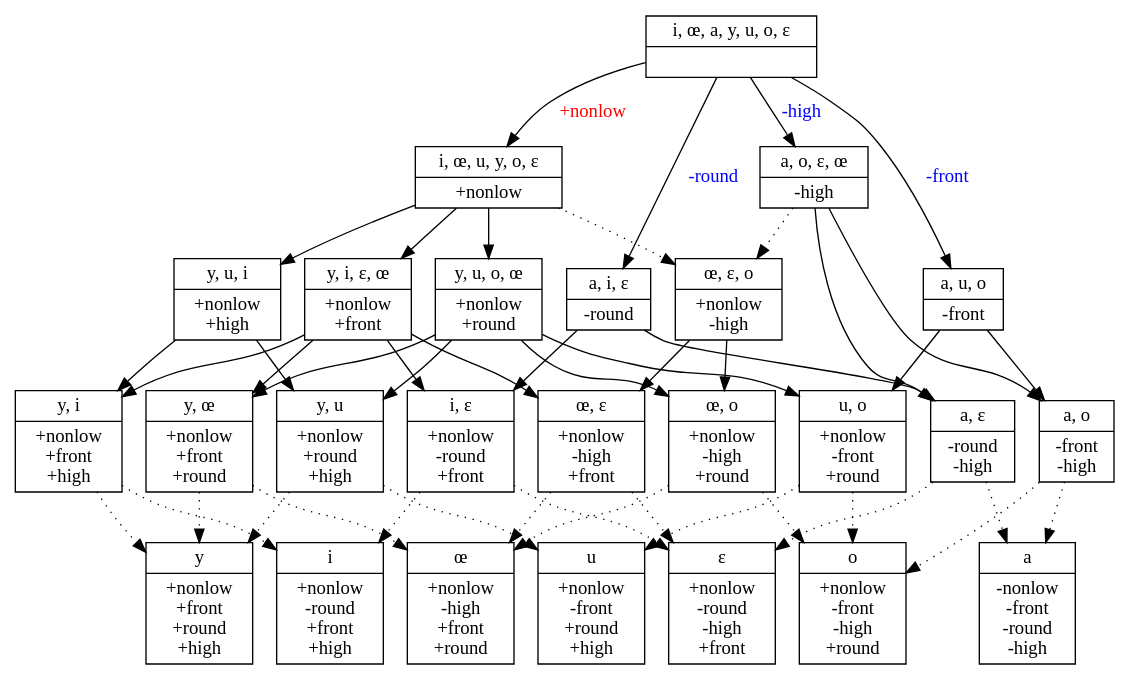
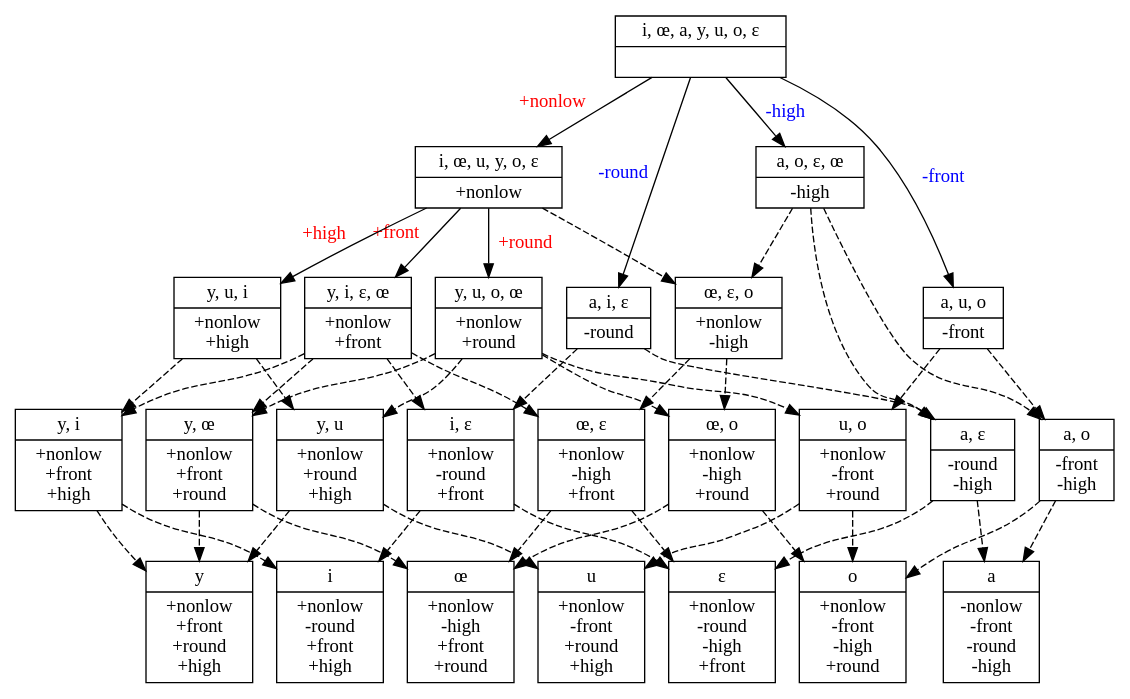
Before and after one commit to rdaland/Pheatures: the diagram in squib/diagrams/vowel_inventory_full.gv, drawn with Graphviz. The commit also changed 3 other files, not shown here.

```diff
--- a/squib/diagrams/vowel_inventory_full.gv
+++ b/squib/diagrams/vowel_inventory_full.gv
@@ -1,52 +1,62 @@
 // None
 digraph {
 	0 [label="{<segs> i, œ, a, y, u, o, ɛ |<feats>  }",shape=record]
 	1 [label="{<segs> i, œ, u, y, o, ɛ |<feats> +nonlow }",shape=record]
 	2 [label="{<segs> y, i, ɛ, œ |<feats> +nonlow\n+front }",shape=record]
 	3 [label="{<segs> y, u, o, œ |<feats> +nonlow\n+round }",shape=record]
 	4 [label="{<segs> y, u, i |<feats> +nonlow\n+high }",shape=record]
 	5 [label="{<segs> i |<feats> +nonlow\n-round\n+front\n+high }",shape=record]
 	6 [label="{<segs> y |<feats> +nonlow\n+front\n+round\n+high }",shape=record]
 	7 [label="{<segs> u |<feats> +nonlow\n-front\n+round\n+high }",shape=record]
 	8 [label="{<segs> ɛ |<feats> +nonlow\n-round\n-high\n+front }",shape=record]
 	9 [label="{<segs> œ |<feats> +nonlow\n-high\n+front\n+round }",shape=record]
 	10 [label="{<segs> o |<feats> +nonlow\n-front\n-high\n+round }",shape=record]
 	11 [label="{<segs> a |<feats> -nonlow\n-front\n-round\n-high }",shape=record]
 	12 [label="{<segs> y, œ |<feats> +nonlow\n+front\n+round }",shape=record]
 	13 [label="{<segs> y, i |<feats> +nonlow\n+front\n+high }",shape=record]
 	14 [label="{<segs> y, u |<feats> +nonlow\n+round\n+high }",shape=record]
 	15 [label="{<segs> a, u, o |<feats> -front }",shape=record]
 	16 [label="{<segs> u, o |<feats> +nonlow\n-front\n+round }",shape=record]
 	17 [label="{<segs> a, i, ɛ |<feats> -round }",shape=record]
 	18 [label="{<segs> i, ɛ |<feats> +nonlow\n-round\n+front }",shape=record]
 	19 [label="{<segs> a, o, ɛ, œ |<feats> -high }",shape=record]
 	20 [label="{<segs> œ, ɛ, o |<feats> +nonlow\n-high }",shape=record]
 	21 [label="{<segs> œ, ɛ |<feats> +nonlow\n-high\n+front }",shape=record]
 	22 [label="{<segs> œ, o |<feats> +nonlow\n-high\n+round }",shape=record]
 	23 [label="{<segs> a, o |<feats> -front\n-high }",shape=record]
 	24 [label="{<segs> a, ɛ |<feats> -round\n-high }",shape=record]
 
-	0 -> 1 [label="+nonlow",fontcolor=red]
+	0 -> 1 [xlabel="+nonlow",fontcolor=red]
 	0 -> 15 [label="-front",fontcolor=blue]
-	0 -> 17 [label="-round",fontcolor=blue]
+	0 -> 17 [xlabel="-round",fontcolor=blue]
 	0 -> 19 [label="-high",fontcolor=blue]
-	1 -> {2 3 4}
-	{1 19} -> 20 [style=dotted]
-	2 -> {12 13 18 21}
-	3 -> {12 14 16 22}
-	4 -> {13 14}
+	1 -> 2 [xlabel="+front",fontcolor=red]
+	1 -> 3 [label="+round",fontcolor=red]
+	1 -> 4 [xlabel="+high",fontcolor=red]
+	1 -> 20 [style=dashed]
+	19 -> 20 [style=dashed]
+	2 -> 12 [style=dashed]
+	2 -> 13 [style=dashed]
+	2 -> 18 [style=dashed]
+	2 -> 21 [style=dashed]
+	3 -> 12 [style=dashed]
+	3 -> 14 [style=dashed]
+	3 -> 16 [style=dashed]
+	3 -> 22 [style=dashed]
+	4 -> 13 [style=dashed]
+	4 -> 14 [style=dashed]
 
-	{13 18} -> 5 [style=dotted]
-	{12 13 14} -> 6 [style=dotted]
-	{14 16} -> 7 [style=dotted]
-	{18 21 24} -> 8 [style=dotted]
-	{21 22 12} -> 9 [style=dotted]
-	{16 22 23} -> 10 [style=dotted]
-	{23 24} -> 11 [style=dotted]
+	{13 18} -> 5 [style=dashed]
+	{12 13 14} -> 6 [style=dashed]
+	{14 16} -> 7 [style=dashed]
+	{18 21 24} -> 8 [style=dashed]
+	{21 22 12} -> 9 [style=dashed]
+	{16 22 23} -> 10 [style=dashed]
+	{23 24} -> 11 [style=dashed]
 
-	15 -> {16 23}
-	17 -> {18 24}
-	19 -> {23 24}
-	20 -> {21 22}
+	15 -> {16 23} [style=dashed]
+	17 -> {18 24} [style=dashed]
+	19 -> {23 24} [style=dashed]
+	20 -> {21 22} [style=dashed]
 {rank=same; 5 6 7 8 9 10 11}
 }
```
